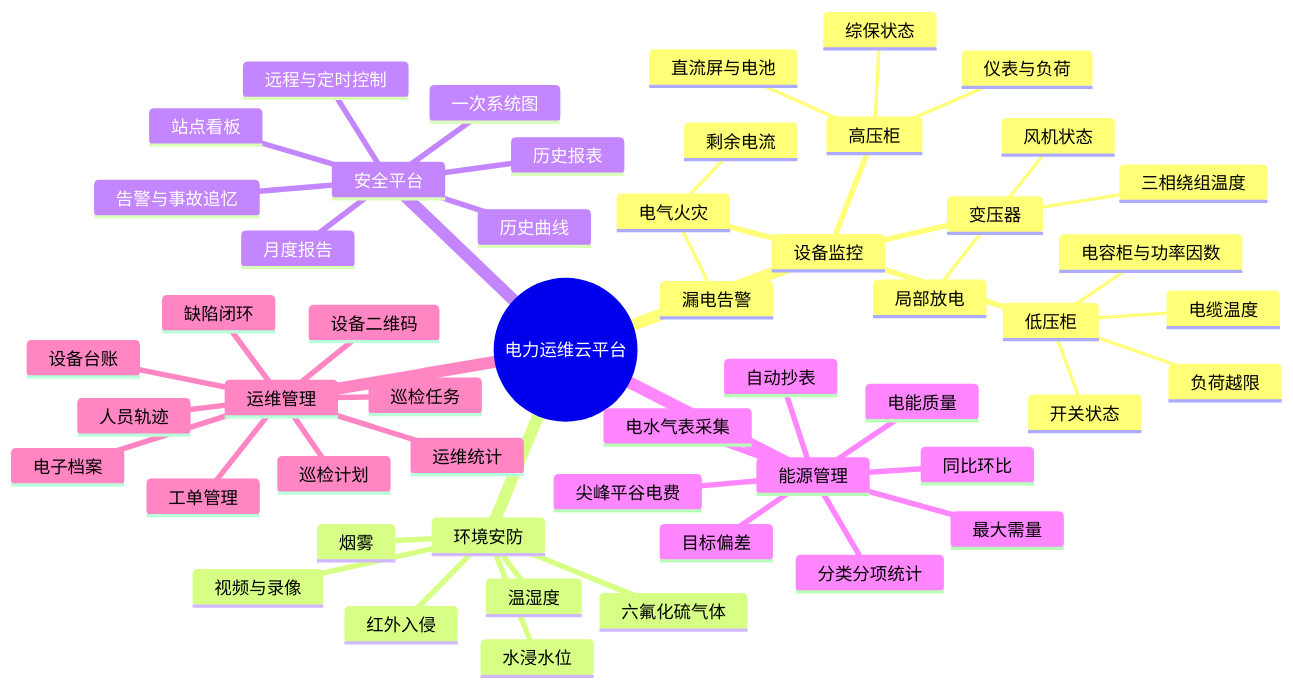
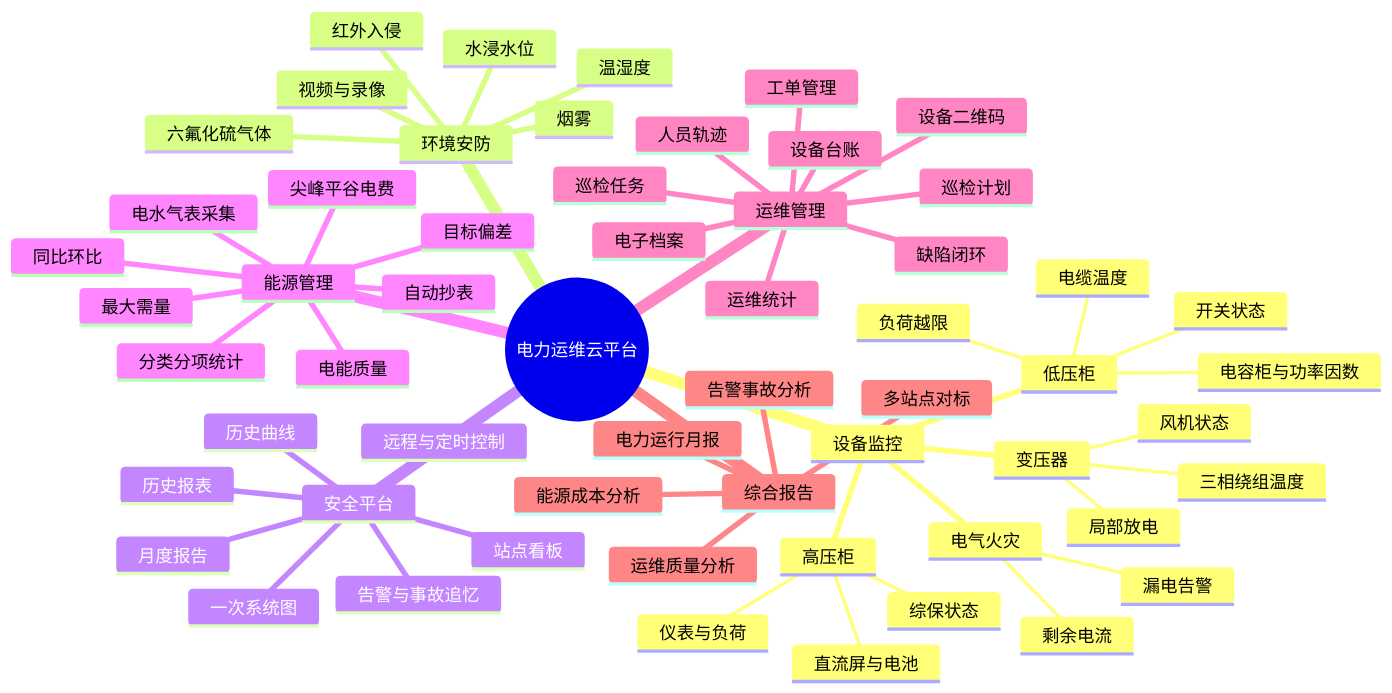
The second of 8 diagrams in .doc/架构设计/平台功能计划.md (qingjian1984/easyaiot), drawn with Mermaid before and after one commit. The commit also changed other lines of this file and 31 other files, not shown here.

````diff
--- a/.doc/架构设计/平台功能计划.md
+++ b/.doc/架构设计/平台功能计划.md
@@ -42,55 +118,61 @@
 ```mermaid
 mindmap
   root((电力运维云平台))
     设备监控
       高压柜
         综保状态
         仪表与负荷
         直流屏与电池
       变压器
         三相绕组温度
         风机状态
         局部放电
       低压柜
         开关状态
         负荷越限
         电缆温度
         电容柜与功率因数
       电气火灾
         剩余电流
         漏电告警
     环境安防
       温湿度
       六氟化硫气体
       烟雾
       水浸水位
       红外入侵
       视频与录像
     安全平台
       站点看板
       一次系统图
       历史曲线
       历史报表
       月度报告
       告警与事故追忆
       远程与定时控制
     能源管理
       电水气表采集
       自动抄表
       分类分项统计
       最大需量
       目标偏差
       尖峰平谷电费
       同比环比
       电能质量
     运维管理
       设备台账
       电子档案
       设备二维码
       巡检计划
       巡检任务
       缺陷闭环
       工单管理
       运维统计
       人员轨迹
+    综合报告
+      电力运行月报
+      告警事故分析
+      运维质量分析
+      能源成本分析
+      多站点对标
 ```
````
